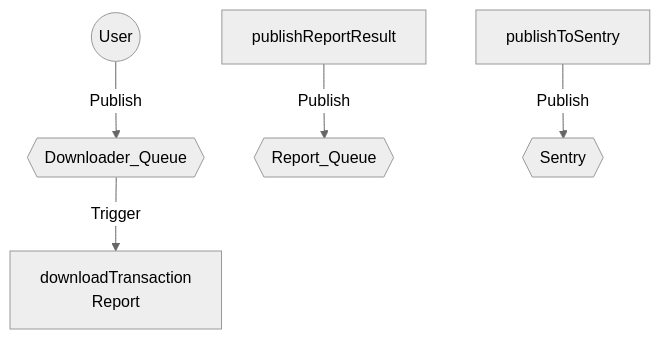
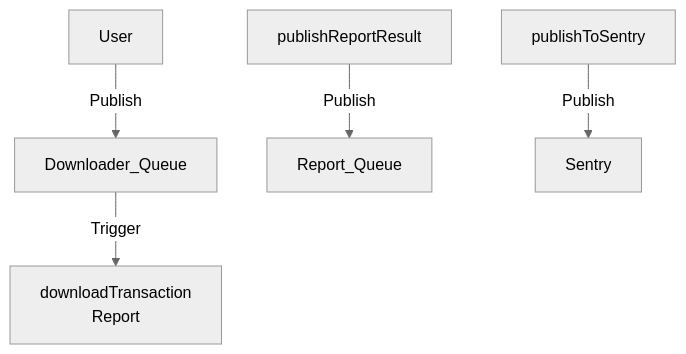
The diagram in README.md (reyapr/mermaid-playground), drawn with Mermaid (neutral theme) before and after one commit.

Commit message:
remove curly braces

````diff
--- a/README.md
+++ b/README.md
@@ -7,10 +7,10 @@
 ```mermaid
     flowchart TB
-    User((User)) -- Publish --> Downloader_Queue
-    Downloader_Queue{{Downloader_Queue}} -- Trigger --> downloadTransaction\nReport
+    User -- Publish --> Downloader_Queue
+    Downloader_Queue -- Trigger --> downloadTransaction\nReport
   
     
-    publishReportResult -- Publish --> Report_Queue{{Report_Queue}}
-    publishToSentry -- Publish --> Sentry{{Sentry}}
+    publishReportResult -- Publish --> Report_Queue
+    publishToSentry -- Publish --> Sentry
 
 ```
````
